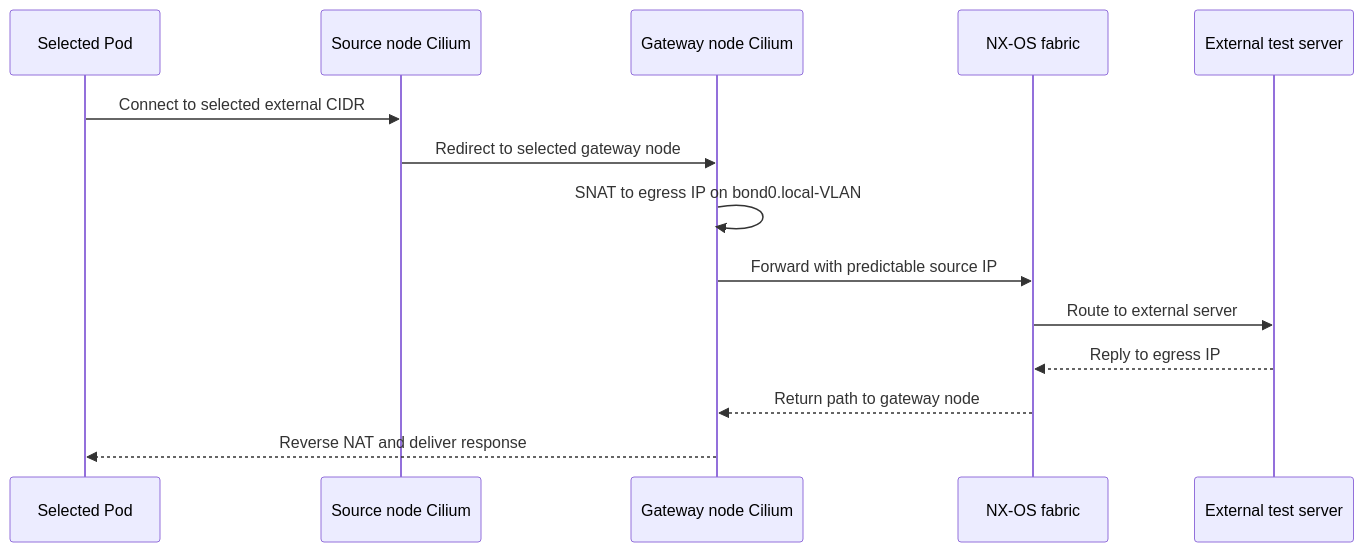
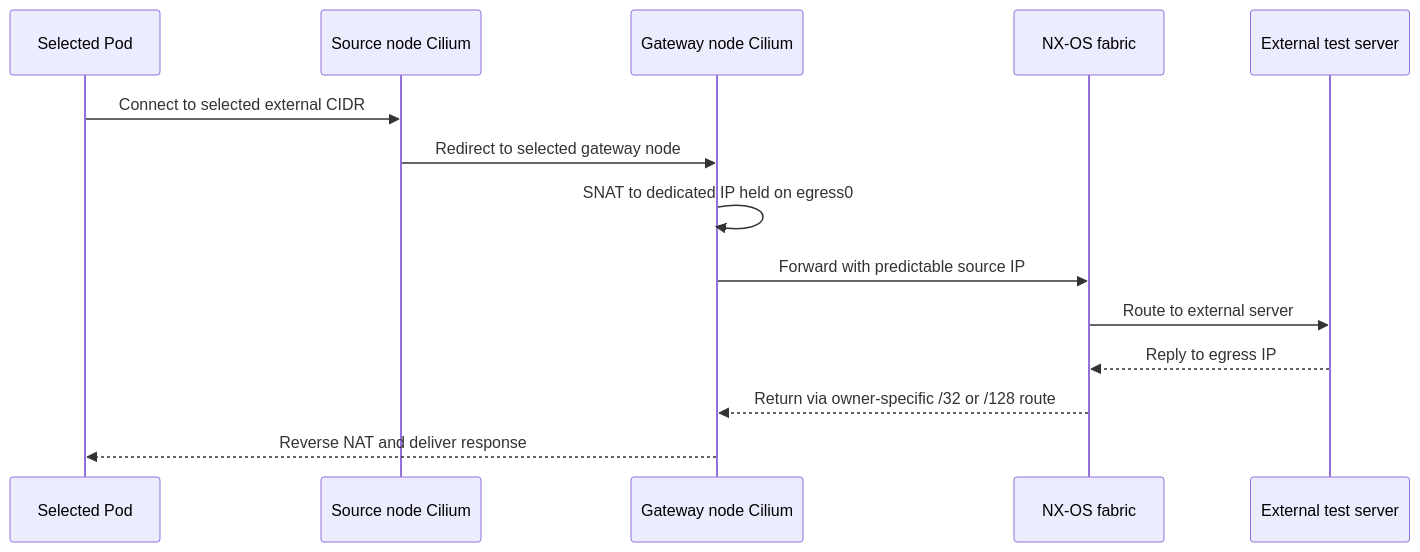
The fourth of 12 diagrams in nxos_fabric/docs/cilium-lab/architecture.md (suzuyu/my-containerlab), drawn with Mermaid before and after one commit. The commit also changed other lines of this file and 118 other files, not shown here.

First line of the commit message:
Record Cilium validation through 2026-09-06 and Egress Gateway updates

````diff
--- a/nxos_fabric/docs/cilium-lab/architecture.md
+++ b/nxos_fabric/docs/cilium-lab/architecture.md
@@ -139,17 +139,17 @@
 ```mermaid
 sequenceDiagram
     participant Pod as Selected Pod
     participant Source as Source node Cilium
     participant Gateway as Gateway node Cilium
     participant NXOS as NX-OS fabric
     participant External as External test server
 
     Pod->>Source: Connect to selected external CIDR
     Source->>Gateway: Redirect to selected gateway node
-    Gateway->>Gateway: SNAT to egress IP on bond0.local-VLAN
+    Gateway->>Gateway: SNAT to dedicated IP held on egress0
     Gateway->>NXOS: Forward with predictable source IP
     NXOS->>External: Route to external server
     External-->>NXOS: Reply to egress IP
-    NXOS-->>Gateway: Return path to gateway node
+    NXOS-->>Gateway: Return via owner-specific /32 or /128 route
     Gateway-->>Pod: Reverse NAT and deliver response
 ```
````
